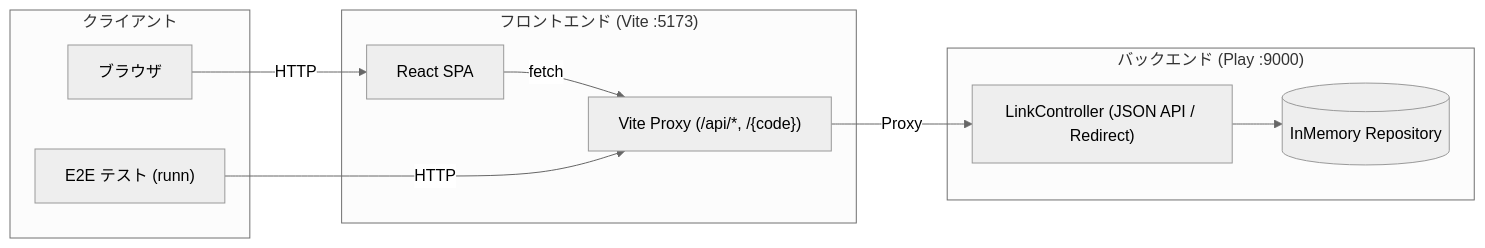
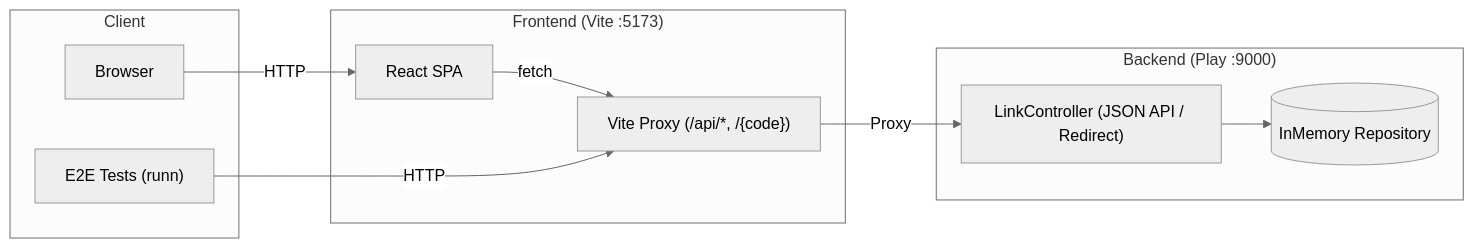
Before and after one commit to u-na-gi/short-link-service: the diagram in README.md, drawn with Mermaid (neutral theme). The commit also changed other lines of this file and 119 other files, not shown here.

````diff
--- a/README.md
+++ b/README.md
@@ -32,23 +32,23 @@
 ```mermaid
 flowchart LR
-    subgraph Client ["クライアント"]
-        Browser["ブラウザ"]
-        Runn["E2E テスト (runn)"]
+    subgraph Client ["Client"]
+        Browser["Browser"]
+        Runn["E2E Tests (runn)"]
     end
 
-    subgraph Front ["フロントエンド (Vite :5173)"]
+    subgraph Front ["Frontend (Vite :5173)"]
         ReactApp["React SPA"]
         Proxy["Vite Proxy (/api/*, /{code})"]
     end
 
-    subgraph Server ["バックエンド (Play :9000)"]
+    subgraph Server ["Backend (Play :9000)"]
         LinkAPI["LinkController (JSON API / Redirect)"]
         MemoryStore[("InMemory Repository")]
     end
 
     Browser -->|HTTP| ReactApp
     ReactApp -->|fetch| Proxy
     Runn -->|HTTP| Proxy
     Proxy -->|Proxy| LinkAPI
     LinkAPI --> MemoryStore
 ```
````
